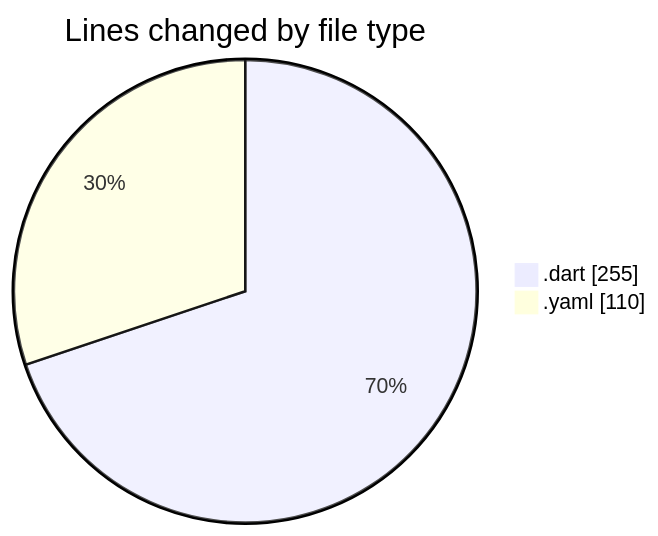
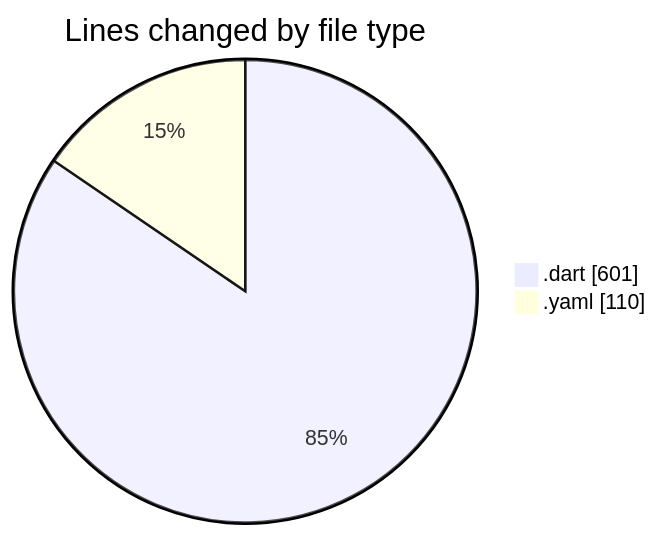
One commit to lephambinh05/code-tracking changed the first of 2 diagrams in 2025-07-31/studybuddy/README.md. Above: the diagram before and after it, drawn with Mermaid. The commit also changed other lines of this file and 1 other file, not shown here.

````diff
--- a/2025-07-31/studybuddy/README.md
+++ b/2025-07-31/studybuddy/README.md
@@ -22,6 +23,6 @@
 ```mermaid
 pie showData
 title Lines changed by file type
-".dart" : 255
+".dart" : 601
 ".yaml" : 110
 ```
````
